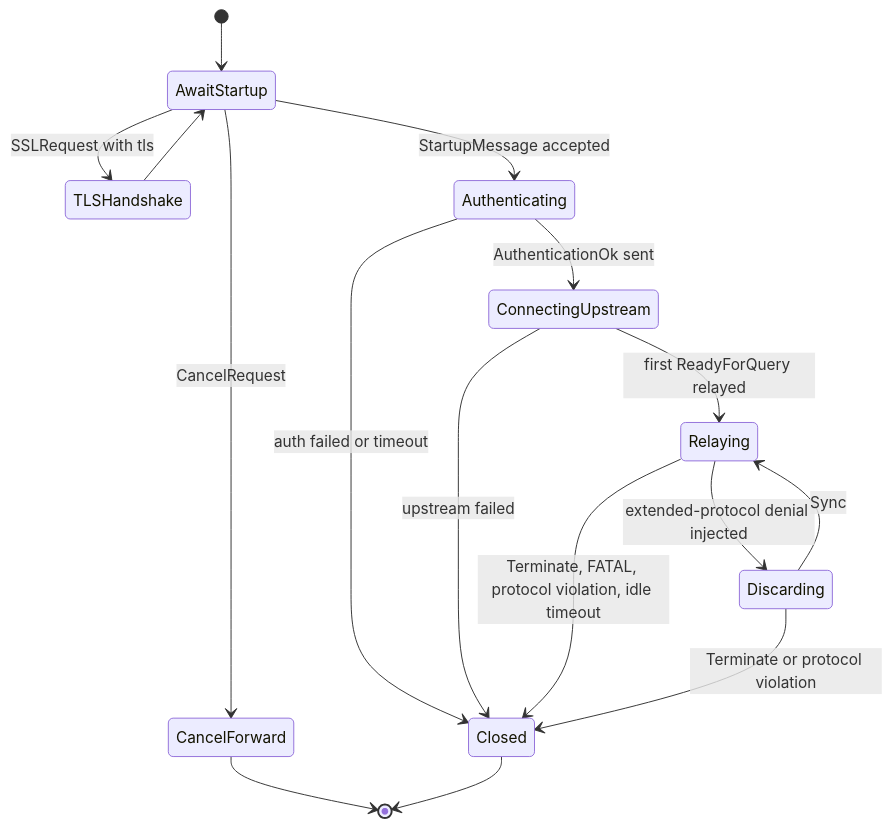
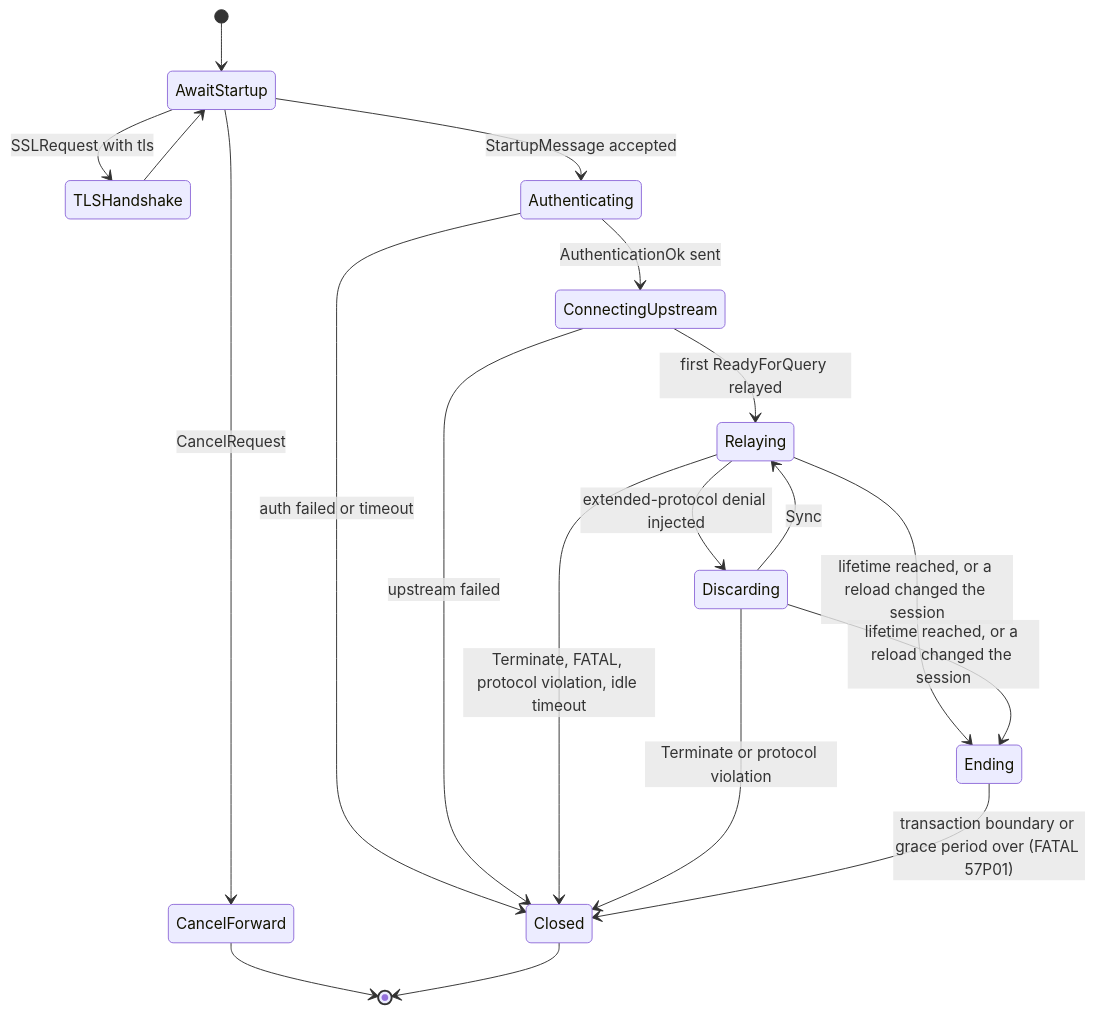
The fifth of 5 diagrams in docs/how-it-works/proxy-internals.md (HaltSQL/HaltSQL), drawn with Mermaid before and after one commit. The commit also changed other lines of this file and 4 other files, not shown here.

````diff
--- a/docs/how-it-works/proxy-internals.md
+++ b/docs/how-it-works/proxy-internals.md
@@ -301,18 +379,21 @@
 ```mermaid
 stateDiagram-v2
     [*] --> AwaitStartup
     AwaitStartup --> TLSHandshake: SSLRequest with tls
     TLSHandshake --> AwaitStartup
     AwaitStartup --> CancelForward: CancelRequest
     CancelForward --> [*]
     AwaitStartup --> Authenticating: StartupMessage accepted
     Authenticating --> Closed: auth failed or timeout
     Authenticating --> ConnectingUpstream: AuthenticationOk sent
     ConnectingUpstream --> Closed: upstream failed
     ConnectingUpstream --> Relaying: first ReadyForQuery relayed
     Relaying --> Discarding: extended-protocol denial injected
     Discarding --> Relaying: Sync
     Relaying --> Closed: Terminate, FATAL, protocol violation, idle timeout
     Discarding --> Closed: Terminate or protocol violation
+    Relaying --> Ending: lifetime reached, or a reload changed the session
+    Discarding --> Ending: lifetime reached, or a reload changed the session
+    Ending --> Closed: transaction boundary or grace period over (FATAL 57P01)
     Closed --> [*]
 ```
````
